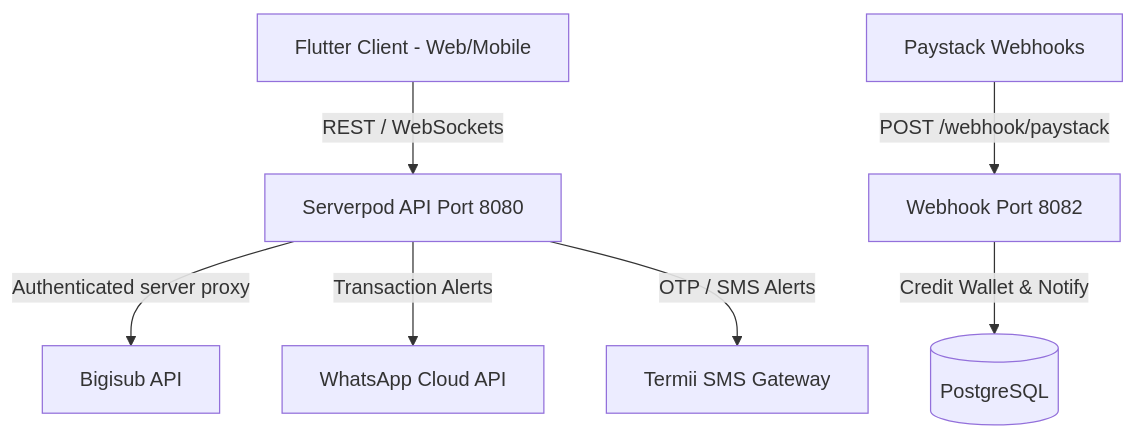
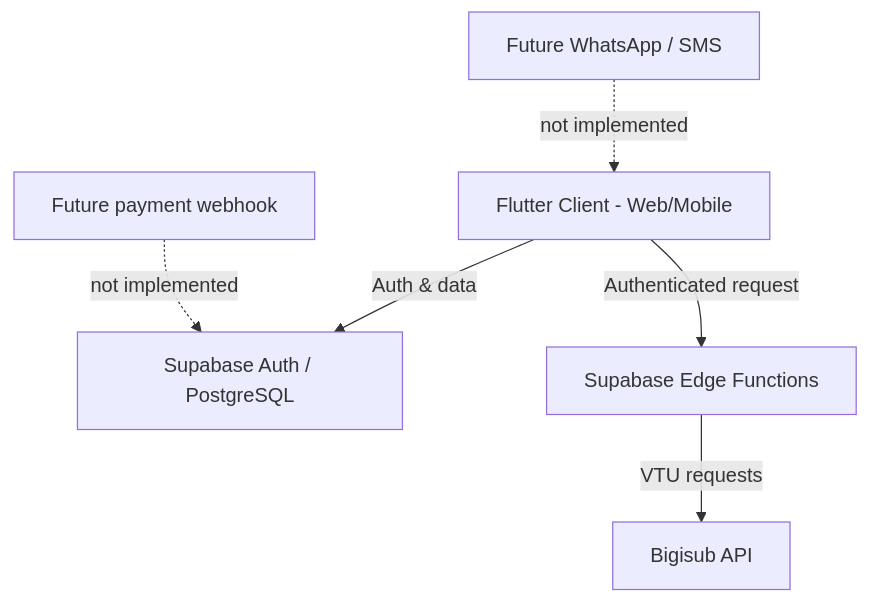
One commit to Adevictorolu/Avotek changed the diagram in docs/production_readiness_guide.md. Above: the diagram before and after it, drawn with Mermaid. The commit also changed other lines of this file and 14 other files, not shown here.

First line of the commit message:
fix(auth): stabilize callbacks and wallet setup

````diff
--- a/docs/production_readiness_guide.md
+++ b/docs/production_readiness_guide.md
@@ -29,9 +30,8 @@
 ```mermaid
 graph TD
-    Client[Flutter Client - Web/Mobile] -->|REST / WebSockets| Serverpod[Serverpod API Port 8080]
-    Paystack[Paystack Webhooks] -->|POST /webhook/paystack| WebhookServer[Webhook Port 8082]
-    WebhookServer -->|Credit Wallet & Notify| DB[(PostgreSQL)]
-    Serverpod -->|Authenticated server proxy| Bigisub[Bigisub API]
-    Serverpod -->|Transaction Alerts| WhatsApp[WhatsApp Cloud API]
-    Serverpod -->|OTP / SMS Alerts| Termii[Termii SMS Gateway]
+    Client[Flutter Client - Web/Mobile] -->|Auth & data| Supabase[Supabase Auth / PostgreSQL]
+    Client -->|Authenticated request| Edge[Supabase Edge Functions]
+    Edge -->|VTU requests| Bigisub[Bigisub API]
+    FuturePay[Future payment webhook] -. not implemented .-> Supabase
+    FutureNotify[Future WhatsApp / SMS] -. not implemented .-> Client
 ```
````
